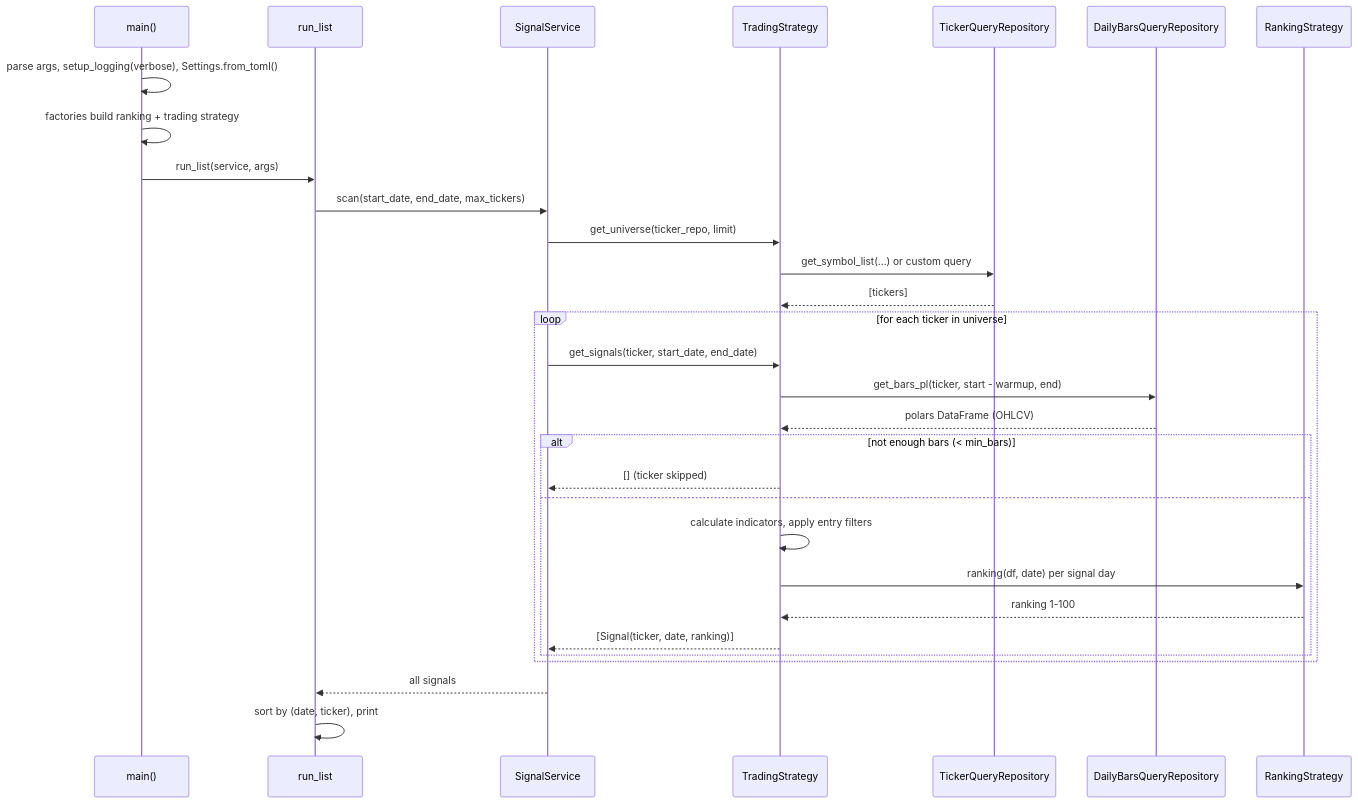
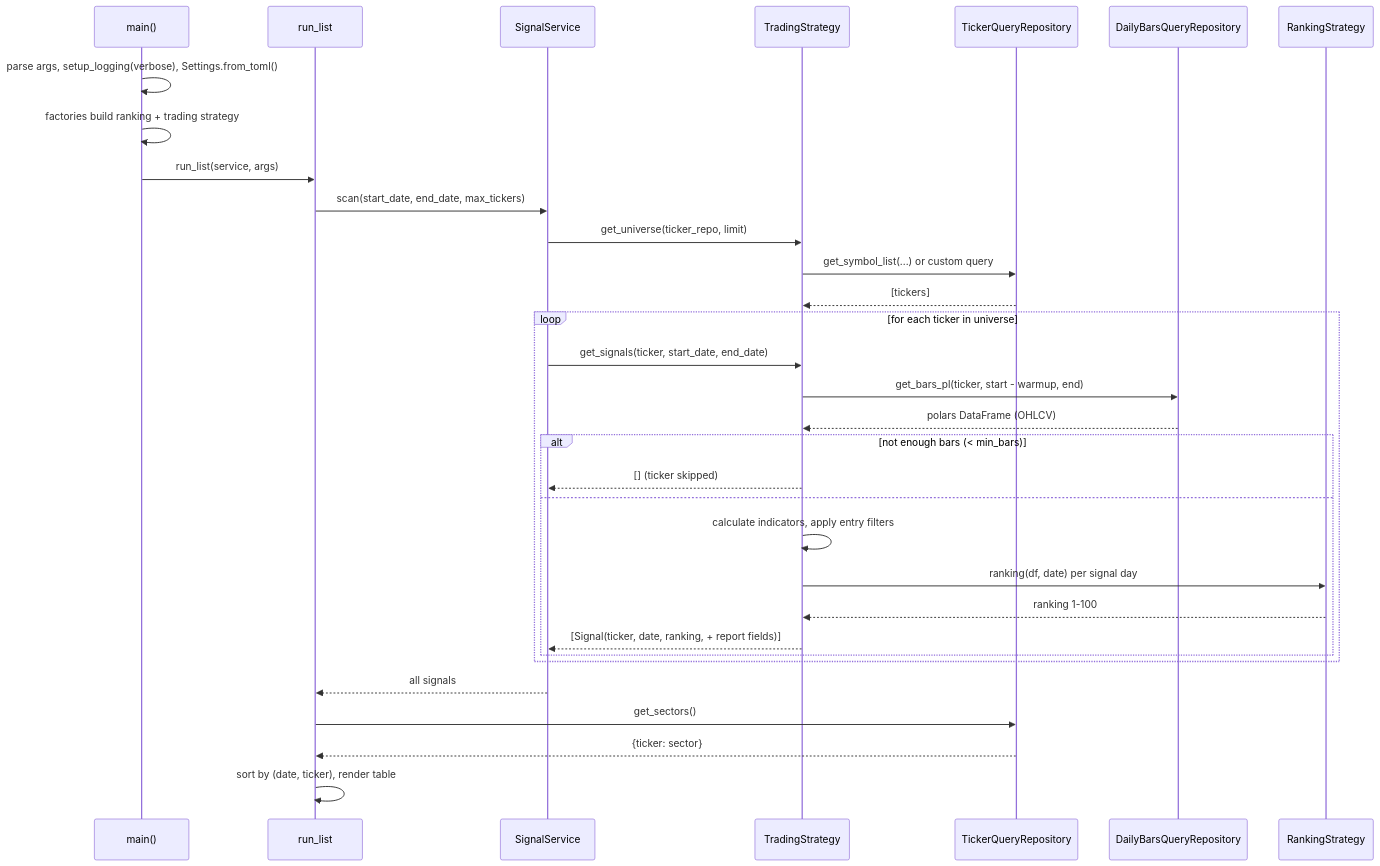
One commit to jaaknt/turtle-backtest changed the second of 2 diagrams in docs/signal_runner.md. Above: the diagram before and after it, drawn with Mermaid. The commit also changed other lines of this file and 13 other files, not shown here.

````diff
--- a/docs/signal_runner.md
+++ b/docs/signal_runner.md
@@ -45,33 +45,35 @@
 ```mermaid
 sequenceDiagram
     participant M as main()
     participant H as run_list
     participant S as SignalService
     participant T as TradingStrategy
     participant TR as TickerQueryRepository
     participant BR as DailyBarsQueryRepository
     participant R as RankingStrategy
 
     M->>M: parse args, setup_logging(verbose), Settings.from_toml()
     M->>M: factories build ranking + trading strategy
     M->>H: run_list(service, args)
     H->>S: scan(start_date, end_date, max_tickers)
     S->>T: get_universe(ticker_repo, limit)
     T->>TR: get_symbol_list(...) or custom query
     TR-->>T: [tickers]
     loop for each ticker in universe
         S->>T: get_signals(ticker, start_date, end_date)
         T->>BR: get_bars_pl(ticker, start - warmup, end)
         BR-->>T: polars DataFrame (OHLCV)
         alt not enough bars (< min_bars)
             T-->>S: [] (ticker skipped)
         else
             T->>T: calculate indicators, apply entry filters
             T->>R: ranking(df, date) per signal day
             R-->>T: ranking 1-100
-            T-->>S: [Signal(ticker, date, ranking)]
+            T-->>S: [Signal(ticker, date, ranking, + report fields)]
         end
     end
     S-->>H: all signals
-    H->>H: sort by (date, ticker), print
+    H->>TR: get_sectors()
+    TR-->>H: {ticker: sector}
+    H->>H: sort by (date, ticker), render table
 ```
````
